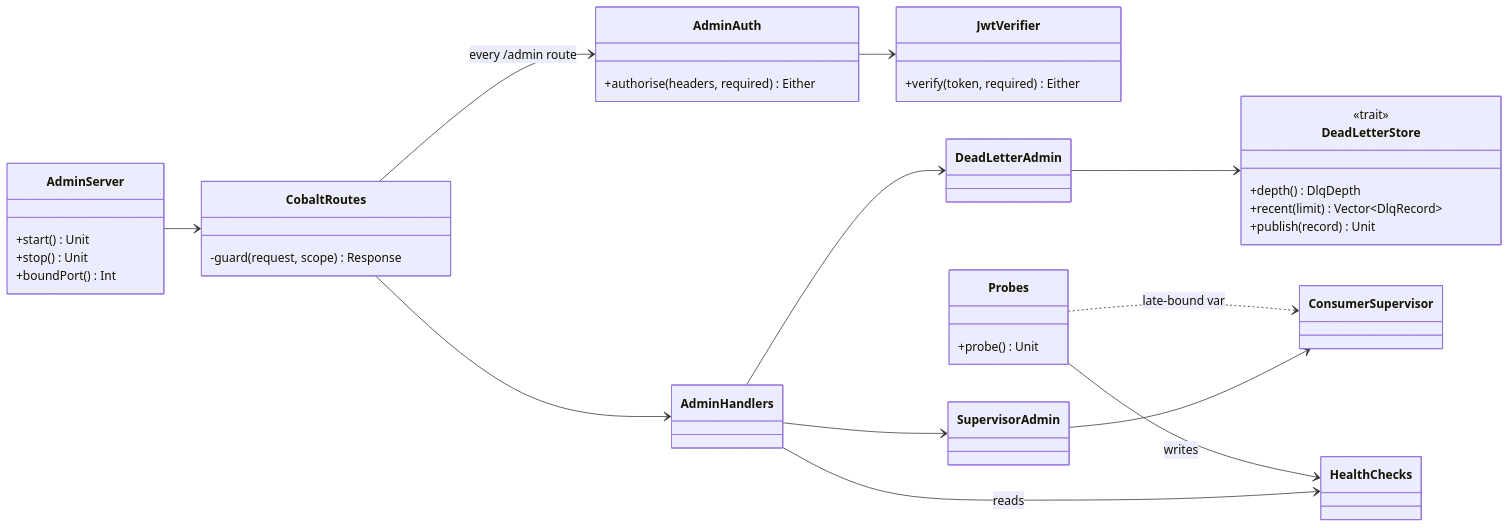
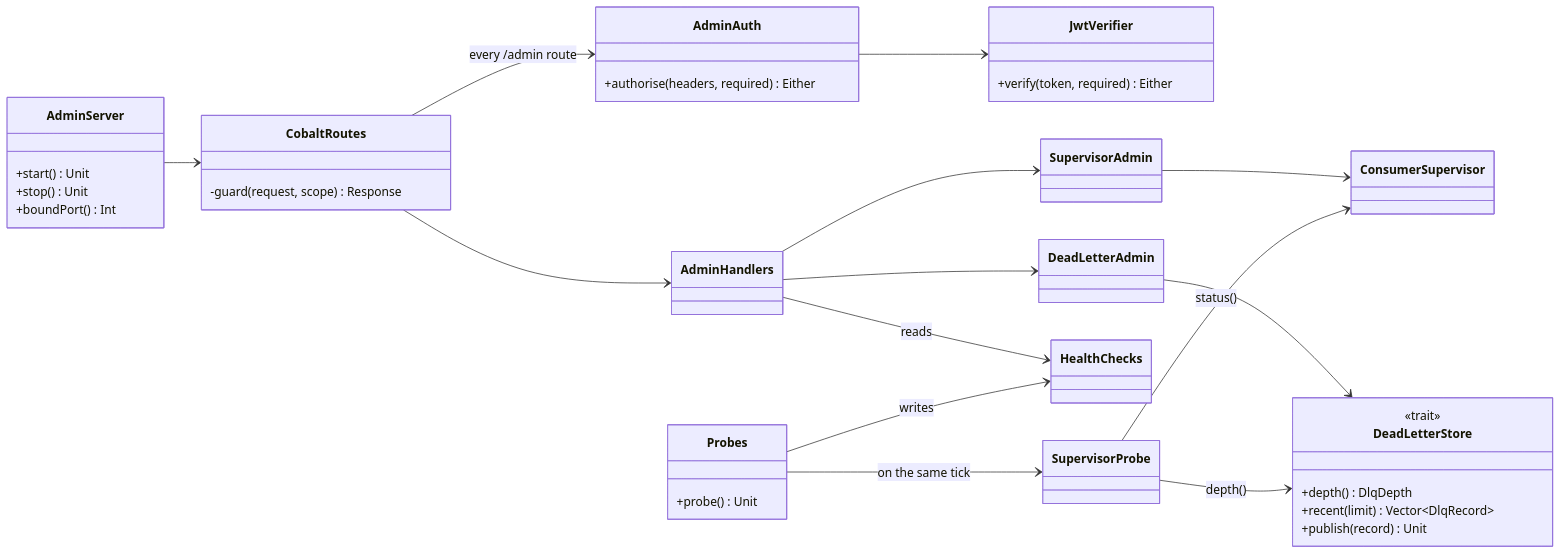
One commit to worxbend/playground changed the third of 5 diagrams in docs/architecture/services.md. Above: the diagram before and after it, drawn with Mermaid. The commit also changed other lines of this file and 10 other files, not shown here.

````diff
--- a/docs/architecture/services.md
+++ b/docs/architecture/services.md
@@ -173,45 +173,47 @@
 ```mermaid
 classDiagram
     direction LR
 
     class AdminServer {
         +start() Unit
         +stop() Unit
         +boundPort() Int
     }
     class CobaltRoutes {
         -guard(request, scope) Response
     }
     class AdminAuth {
         +authorise(headers, required) Either
     }
     class JwtVerifier {
         +verify(token, required) Either
     }
     class AdminHandlers
     class SupervisorAdmin
     class DeadLetterAdmin
     class DeadLetterStore {
         <<trait>>
         +depth() DlqDepth
         +recent(limit) Vector~DlqRecord~
         +publish(record) Unit
     }
     class HealthChecks
     class Probes {
         +probe() Unit
     }
     class ConsumerSupervisor
 
     AdminServer --> CobaltRoutes
     CobaltRoutes --> AdminAuth : every /admin route
     CobaltRoutes --> AdminHandlers
     AdminAuth --> JwtVerifier
     AdminHandlers --> SupervisorAdmin
     AdminHandlers --> DeadLetterAdmin
     AdminHandlers --> HealthChecks : reads
     DeadLetterAdmin --> DeadLetterStore
     SupervisorAdmin --> ConsumerSupervisor
     Probes --> HealthChecks : writes
-    Probes ..> ConsumerSupervisor : late-bound var
+    Probes --> SupervisorProbe : on the same tick
+    SupervisorProbe --> ConsumerSupervisor : status()
+    SupervisorProbe --> DeadLetterStore : depth()
 ```
````
